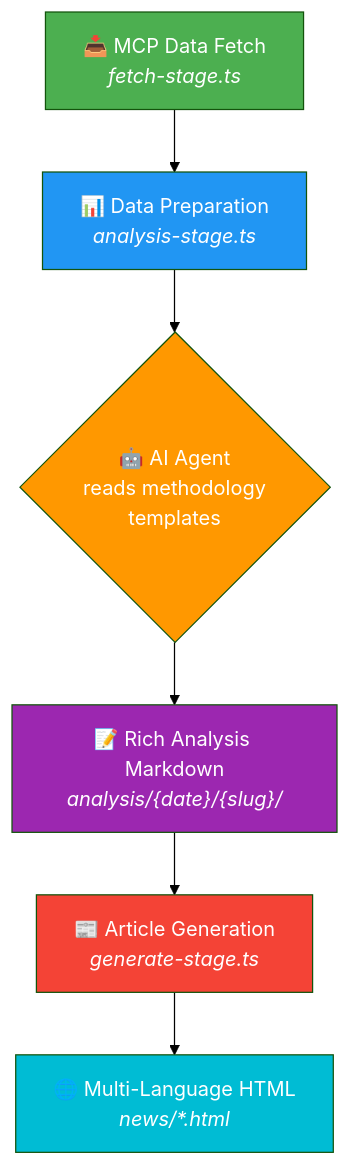
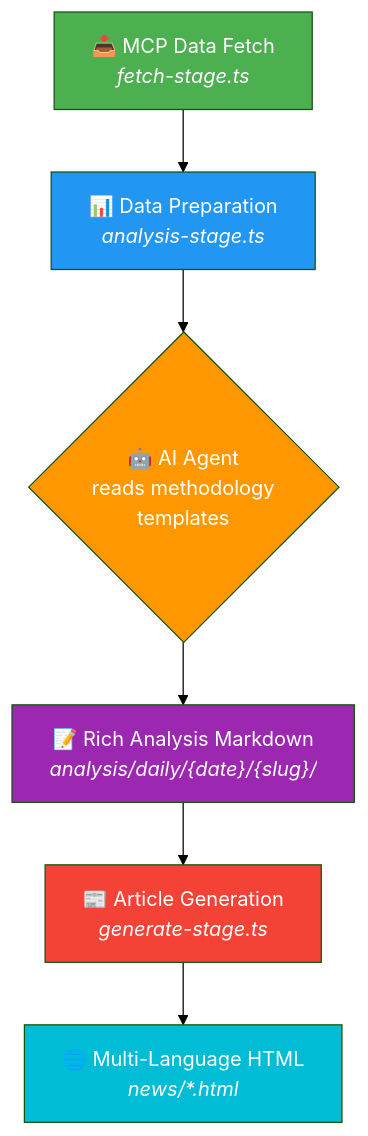
Before and after one commit to Hack23/euparliamentmonitor: the third of 3 diagrams in docs/analysis-methodology/README.md, drawn with Mermaid (forest theme). The commit also changed other lines of this file and 1894 other files, not shown here.

First line of the commit message:
Move analysis output from analysis/{DATE} to analysis/daily/{DATE}

````diff
--- a/docs/analysis-methodology/README.md
+++ b/docs/analysis-methodology/README.md
@@ -121,15 +121,15 @@
 ```mermaid
 flowchart TD
     A["📥 MCP Data Fetch<br/><em>fetch-stage.ts</em>"] --> B["📊 Data Preparation<br/><em>analysis-stage.ts</em>"]
     B --> C{"🤖 AI Agent<br/>reads methodology<br/>templates"}
-    C --> D["📝 Rich Analysis Markdown<br/><em>analysis/{date}/{slug}/</em>"]
+    C --> D["📝 Rich Analysis Markdown<br/><em>analysis/daily/{date}/{slug}/</em>"]
     D --> E["📰 Article Generation<br/><em>generate-stage.ts</em>"]
     E --> F["🌐 Multi-Language HTML<br/><em>news/*.html</em>"]
 
     style A fill:#4CAF50,color:#fff
     style B fill:#2196F3,color:#fff
     style C fill:#FF9800,color:#fff
     style D fill:#9C27B0,color:#fff
     style E fill:#F44336,color:#fff
     style F fill:#00BCD4,color:#fff
 ```
````
